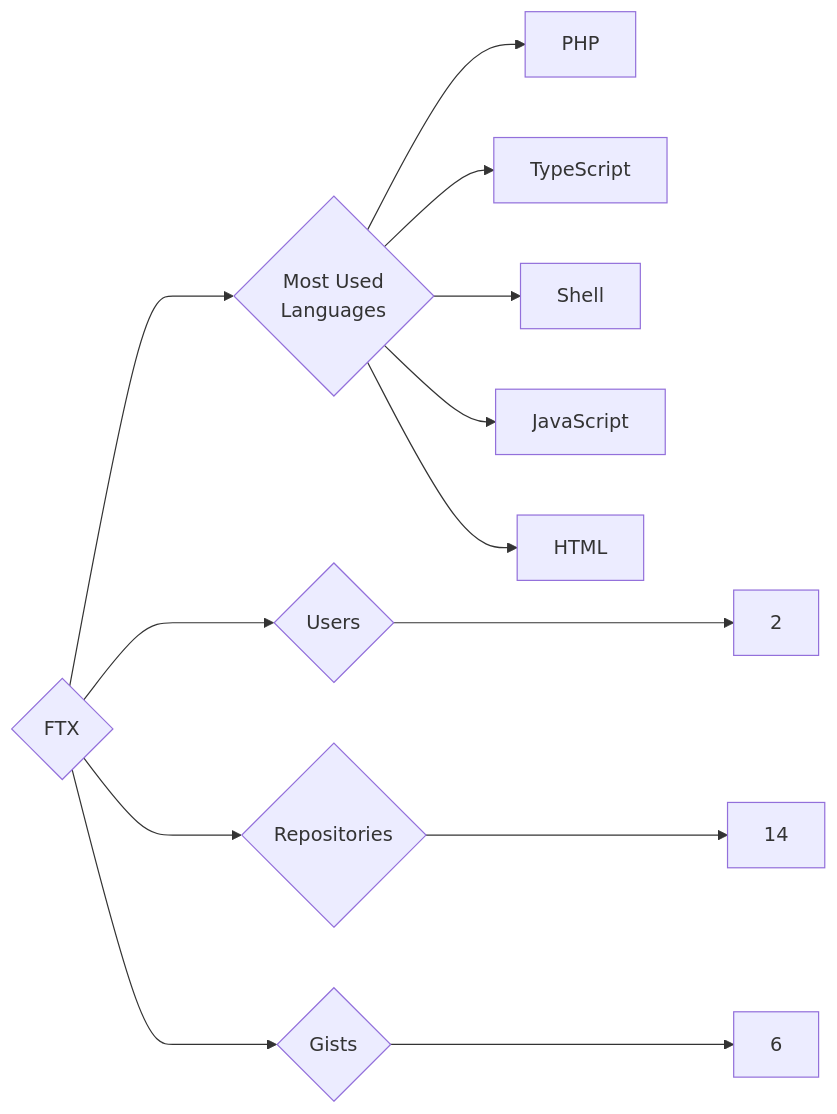
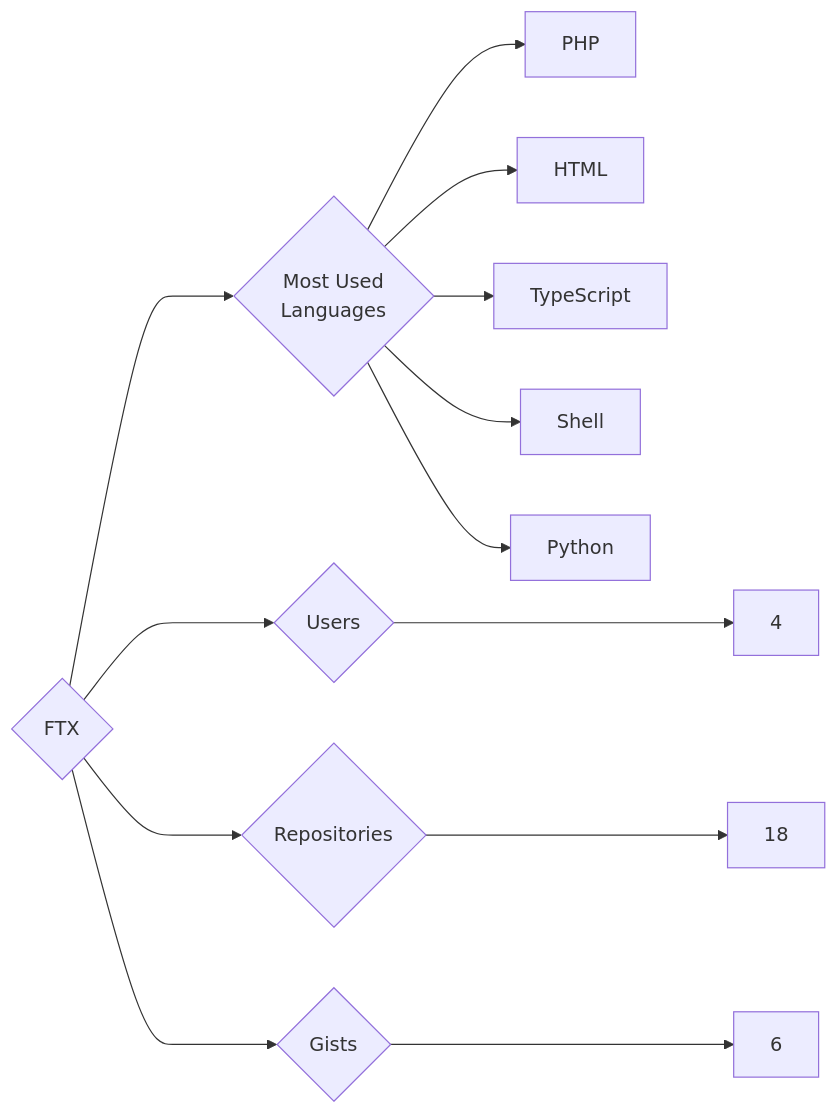
The diagram in targets/FTX/README.md (trickest/insiders), drawn with Mermaid before and after one commit. The commit also changed 618 other files, not shown here.

````diff
--- a/targets/FTX/README.md
+++ b/targets/FTX/README.md
@@ -3,13 +3,13 @@
 ```mermaid
 graph LR
 COMPANY_NAME{FTX}
-COMPANY_NAME ---> U{Users} ---> UN[2]
-COMPANY_NAME ---> R{Repositories} ---> RN[14]
+COMPANY_NAME ---> U{Users} ---> UN[4]
+COMPANY_NAME ---> R{Repositories} ---> RN[18]
 COMPANY_NAME ---> G{Gists} ---> GN[6]
 COMPANY_NAME ---> ML{Most Used<br>Languages}
 ML --> PHP[PHP]
+ML --> HTML[HTML]
 ML --> TypeScript[TypeScript]
 ML --> Shell[Shell]
-ML --> JavaScript[JavaScript]
-ML --> HTML[HTML]
+ML --> Python[Python]
 ```
````
